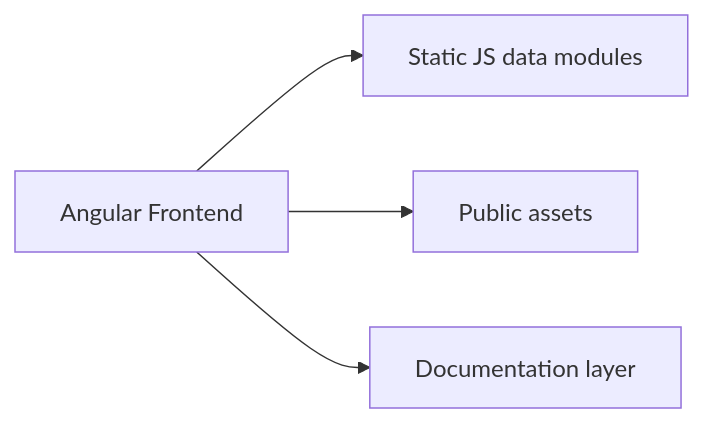
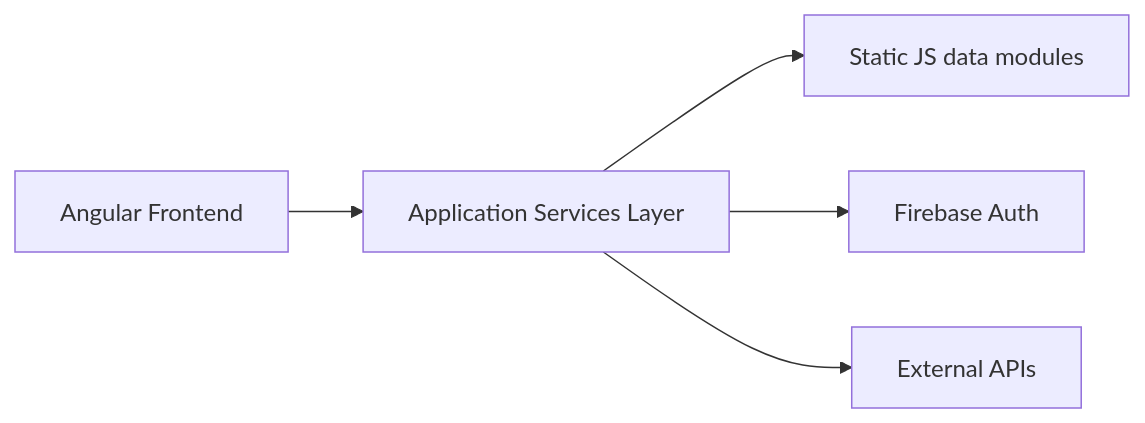
Before and after one commit to szpatrik55/PecaPont: the second of 2 diagrams in docs/02_architecture/c4_context_container.md, drawn with Mermaid. The commit also changed other lines of this file and 15 other files, not shown here.

````diff
--- a/docs/02_architecture/c4_context_container.md
+++ b/docs/02_architecture/c4_context_container.md
@@ -25,11 +30,13 @@
 ```mermaid
 flowchart LR
     Browser[Angular Frontend]
+    Services[Application Services Layer]
     Static[Static JS data modules]
-    Assets[Public assets]
-    Docs[Documentation layer]
+    Firebase[Firebase Auth]
+    External[External APIs]
 
-    Browser --> Static
-    Browser --> Assets
-    Browser --> Docs
+    Browser --> Services
+    Services --> Static
+    Services --> Firebase
+    Services --> External
 ```
````
